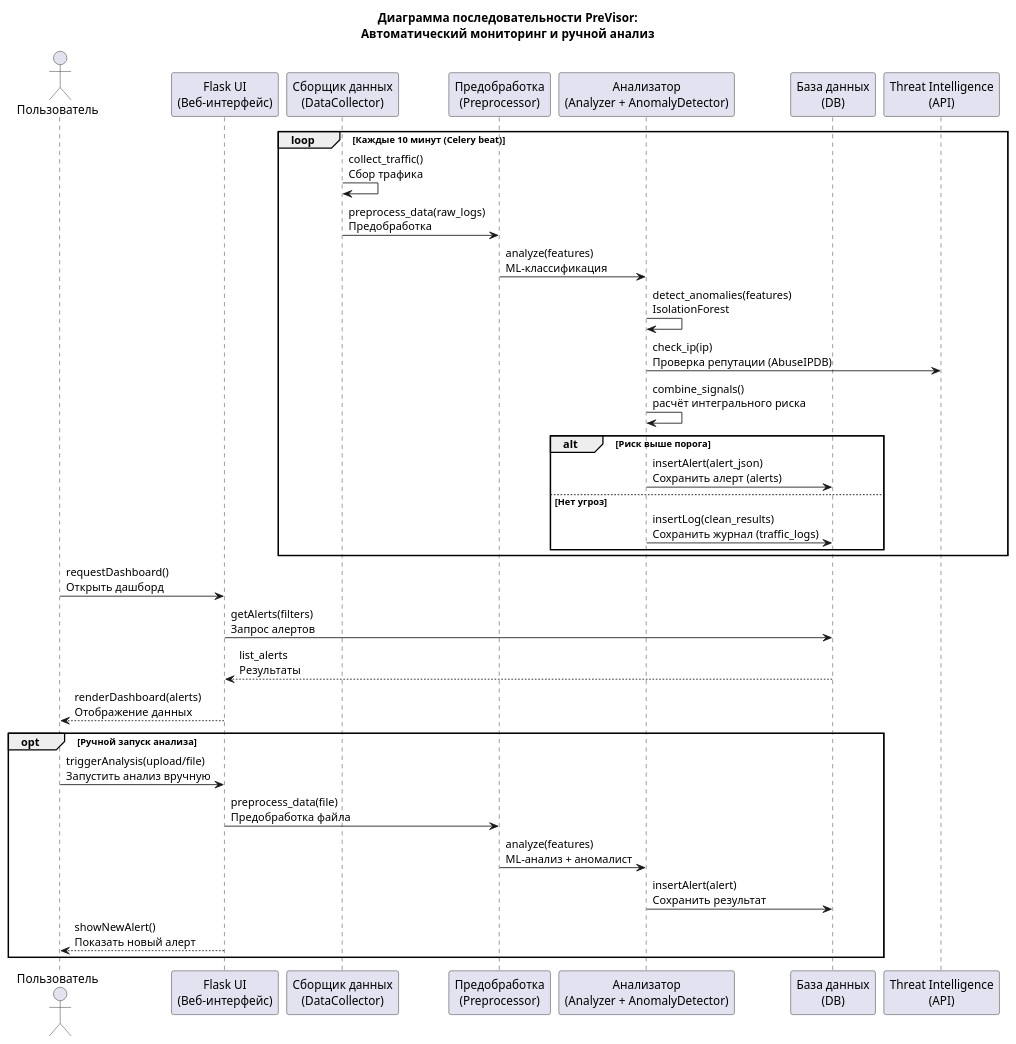
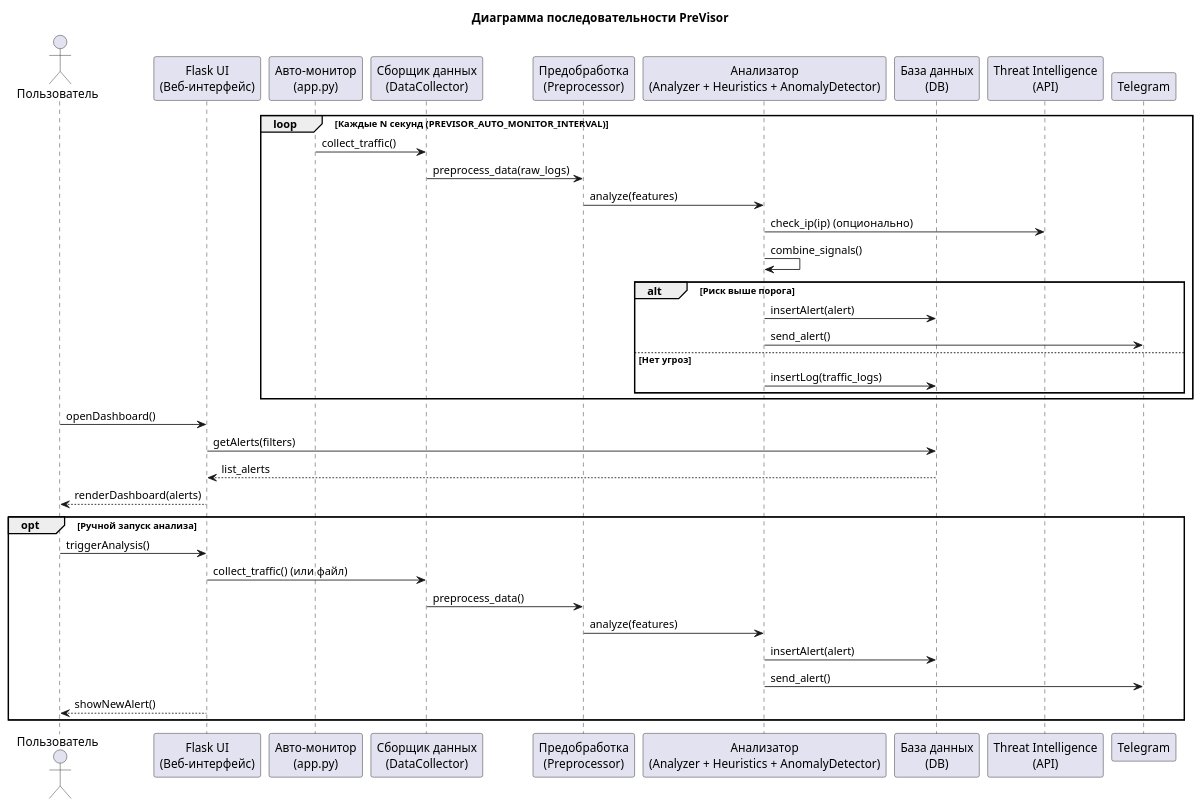
Before and after one commit to k00000tek/previsor: the diagram in static/previsor_sequence_diagram.puml, drawn with PlantUML. The commit also changed 31 other files, not shown here.

```diff
--- a/static/previsor_sequence_diagram.puml
+++ b/static/previsor_sequence_diagram.puml
@@ -1,40 +1,44 @@
 @startuml
-title Диаграмма последовательности PreVisor:\nАвтоматический мониторинг и ручной анализ
+title Диаграмма последовательности PreVisor
 
 actor "Пользователь" as User
 participant "Flask UI\n(Веб-интерфейс)" as Flask
+participant "Авто-монитор\n(app.py)" as Mon
 participant "Сборщик данных\n(DataCollector)" as DC
 participant "Предобработка\n(Preprocessor)" as PP
-participant "Анализатор\n(Analyzer + AnomalyDetector)" as AN
+participant "Анализатор\n(Analyzer + Heuristics + AnomalyDetector)" as AN
 participant "База данных\n(DB)" as DB
 participant "Threat Intelligence\n(API)" as EXT
+participant "Telegram" as TG
 
-loop Каждые 10 минут (Celery beat)
-  DC -> DC : collect_traffic()\nСбор трафика
-  DC -> PP : preprocess_data(raw_logs)\nПредобработка
-  PP -> AN : analyze(features)\nML-классификация
-  AN -> AN : detect_anomalies(features)\nIsolationForest
-  AN -> EXT : check_ip(ip)\nПроверка репутации (AbuseIPDB)
-  AN -> AN : combine_signals()\nрасчёт интегрального риска
+loop Каждые N секунд (PREVISOR_AUTO_MONITOR_INTERVAL)
+  Mon -> DC : collect_traffic()
+  DC -> PP : preprocess_data(raw_logs)
+  PP -> AN : analyze(features)
+  AN -> EXT : check_ip(ip) (опционально)
+  AN -> AN : combine_signals()
 
   alt Риск выше порога
-    AN -> DB : insertAlert(alert_json)\nСохранить алерт (alerts)
+    AN -> DB : insertAlert(alert)
+    AN -> TG : send_alert()
   else Нет угроз
-    AN -> DB : insertLog(clean_results)\nСохранить журнал (traffic_logs)
+    AN -> DB : insertLog(traffic_logs)
   end
 end
 
-User -> Flask : requestDashboard()\nОткрыть дашборд
-Flask -> DB : getAlerts(filters)\nЗапрос алертов
-DB --> Flask : list_alerts\nРезультаты
-Flask --> User : renderDashboard(alerts)\nОтображение данных
+User -> Flask : openDashboard()
+Flask -> DB : getAlerts(filters)
+DB --> Flask : list_alerts
+Flask --> User : renderDashboard(alerts)
 
 opt Ручной запуск анализа
-  User -> Flask : triggerAnalysis(upload/file)\nЗапустить анализ вручную
-  Flask -> PP : preprocess_data(file)\nПредобработка файла
-  PP -> AN : analyze(features)\nML-анализ + аномалист
-  AN -> DB : insertAlert(alert)\nСохранить результат
-  Flask --> User : showNewAlert()\nПоказать новый алерт
+  User -> Flask : triggerAnalysis()
+  Flask -> DC : collect_traffic() (или файл)
+  DC -> PP : preprocess_data()
+  PP -> AN : analyze(features)
+  AN -> DB : insertAlert(alert)
+  AN -> TG : send_alert()
+  Flask --> User : showNewAlert()
 end
 
 @enduml
```
